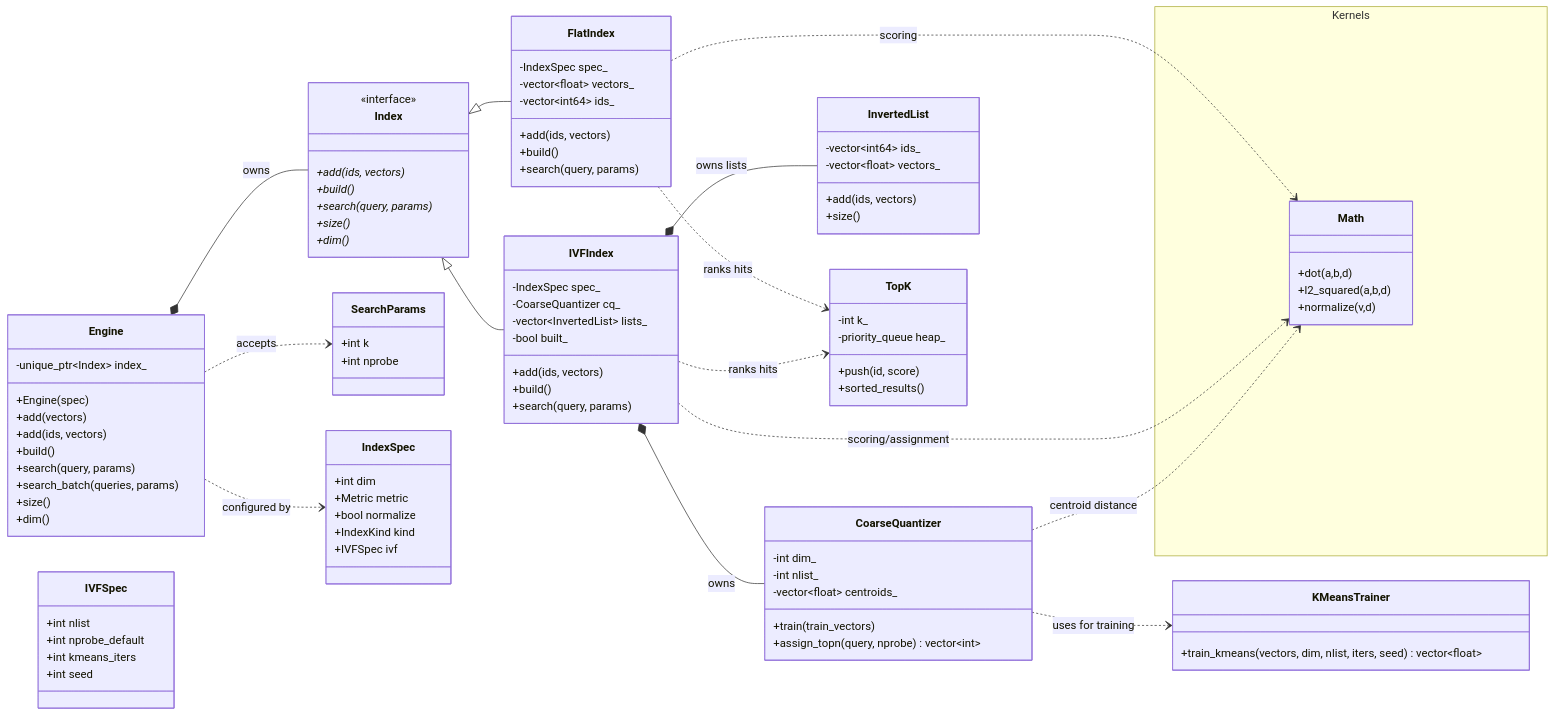
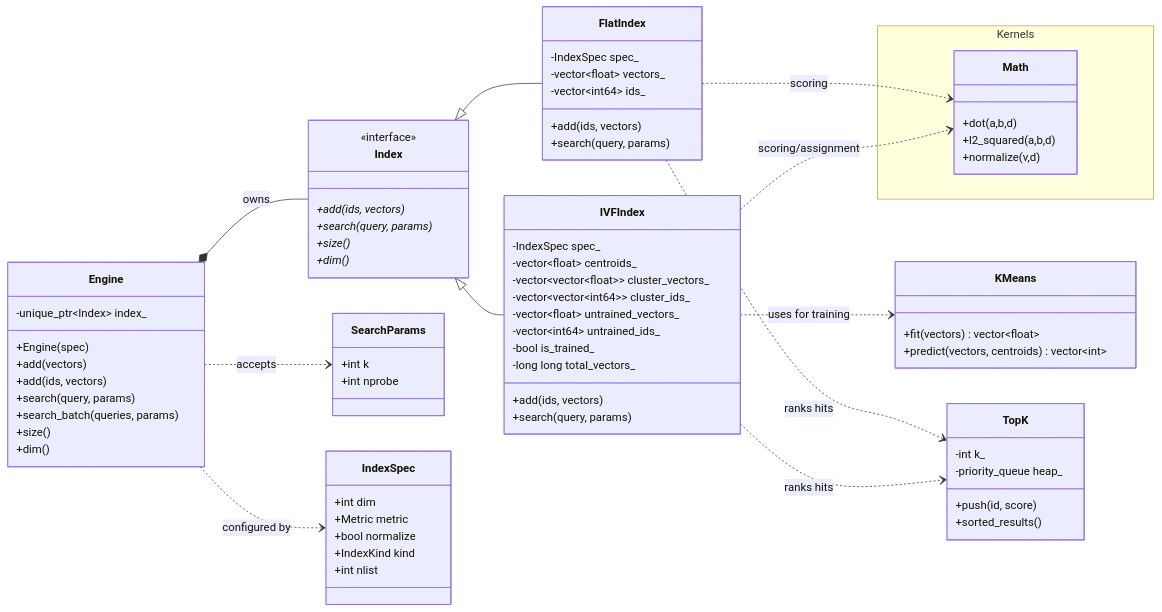
One commit to datavorous/spheni changed the first of 2 diagrams in docs/v0.2.md. Above: the diagram before and after it, drawn with Mermaid. The commit also changed other lines of this file and 15 other files, not shown here.

````diff
--- a/docs/v0.2.md
+++ b/docs/v0.2.md
@@ -13,7 +13,6 @@
         +Engine(spec)
         +add(vectors)
         +add(ids, vectors)
-        +build()
         +search(query, params)
         +search_batch(queries, params)
         +size()
@@ -23,7 +22,6 @@
     class Index {
         <<interface>>
         +add(ids, vectors)*
-        +build()* 
         +search(query, params)*
         +size()*
         +dim()*
@@ -39,14 +37,7 @@
         +Metric metric
         +bool normalize
         +IndexKind kind
-        +IVFSpec ivf
-    }
-
-    class IVFSpec {
         +int nlist
-        +int nprobe_default
-        +int kmeans_iters
-        +int seed
     }
 
     class FlatIndex {
@@ -54,37 +45,25 @@
         -vector~float~ vectors_
         -vector~int64~ ids_
         +add(ids, vectors)
-        +build()
         +search(query, params)
     }
 
     class IVFIndex {
         -IndexSpec spec_
-        -CoarseQuantizer cq_
-        -vector~InvertedList~ lists_
-        -bool built_
+        -vector~float~ centroids_
+        -vector~vector~float~~ cluster_vectors_
+        -vector~vector~int64~~ cluster_ids_
+        -vector~float~ untrained_vectors_
+        -vector~int64~ untrained_ids_
+        -bool is_trained_
+        -long long total_vectors_
         +add(ids, vectors)
-        +build()
         +search(query, params)
     }
 
-    class CoarseQuantizer {
-        -int dim_
-        -int nlist_
-        -vector~float~ centroids_
-        +train(train_vectors)
-        +assign_topn(query, nprobe) vector~int~
-    }
-
-    class KMeansTrainer {
-        +train_kmeans(vectors, dim, nlist, iters, seed) vector~float~
-    }
-
-    class InvertedList {
-        -vector~int64~ ids_
-        -vector~float~ vectors_
-        +add(ids, vectors)
-        +size()
+    class KMeans {
+        +fit(vectors) vector~float~
+        +predict(vectors, centroids) vector~int~
     }
 
     class TopK {
@@ -109,14 +88,11 @@
     Index <|-- FlatIndex
     Index <|-- IVFIndex
 
-    IVFIndex *-- CoarseQuantizer : owns
-    IVFIndex *-- InvertedList : owns lists
-    CoarseQuantizer ..> KMeansTrainer : uses for training
+    IVFIndex ..> KMeans : uses for training
 
     FlatIndex ..> TopK : ranks hits
     IVFIndex ..> TopK : ranks hits
 
     FlatIndex ..> Math : scoring
     IVFIndex ..> Math : scoring/assignment
-    CoarseQuantizer ..> Math : centroid distance
 ```
````
